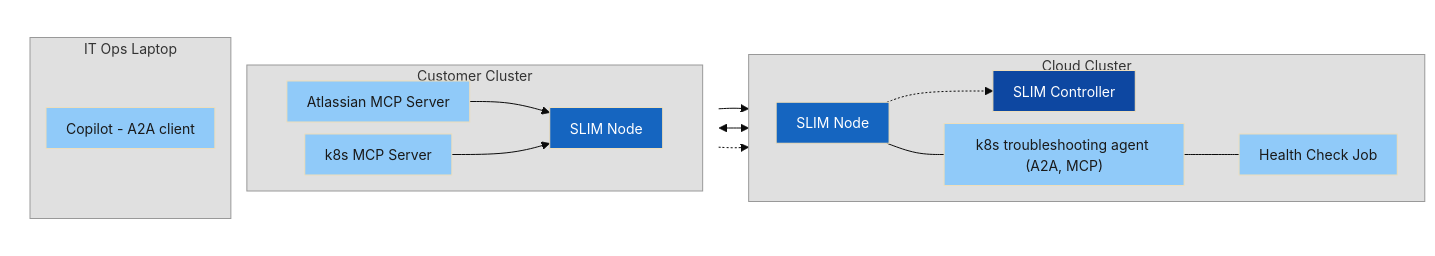
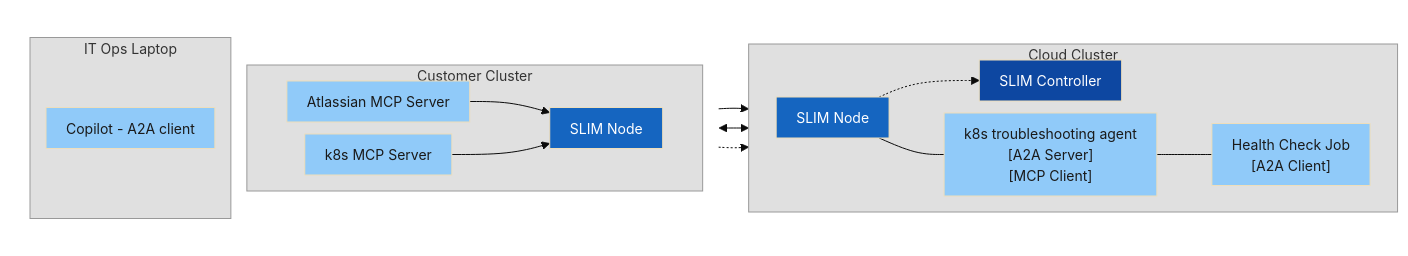
Before and after one commit to agntcy/blogs: the sixth of 9 diagrams in presentations/slim-multicluster-demo/slim-multicluster-demo.md, drawn with Mermaid. The commit also changed other lines of this file, not shown here.

Commit message:
feat: add a2a and mcp interfaces

````diff
--- a/presentations/slim-multicluster-demo/slim-multicluster-demo.md
+++ b/presentations/slim-multicluster-demo/slim-multicluster-demo.md
@@ -325,43 +325,43 @@
 ```mermaid
 %%{init: {'theme': 'base', 'themeVariables': {'fontSize': '14px'}, 'flowchart': {'nodeSpacing': 12, 'rankSpacing': 30, 'padding': 10}}}%%
 graph LR
     subgraph Left[" "]
         direction TB
         subgraph Customer[Customer Cluster]
             direction LR
             AMCP[Atlassian MCP Server] --> CSN[SLIM Node]
             KMCP[k8s MCP Server] --> CSN
         end
         subgraph Laptop[IT Ops Laptop]
             Copilot[Copilot - A2A client]
         end
     end
 
     subgraph Cloud[Cloud Cluster]
         direction LR
         SN[SLIM Node]
         SC[SLIM Controller]
-        HCJ[Health Check Job]
-        K8S["k8s troubleshooting agent (A2A, MCP)"]
+        HCJ["Health Check Job\n[A2A Client]"]
+        K8S["k8s troubleshooting agent\n[A2A Server]\n[MCP Client]"]
         SN -.-> SC
         SN --- K8S
         K8S --- HCJ
     end
 
     Copilot --> SN
     CSN <--> SN
     CSN -.-> SC
 
     style Left fill:none,stroke:none
     style Customer fill:#e0e0e0,stroke:#999,color:#333
     style Cloud fill:#e0e0e0,stroke:#999,color:#333
     style Laptop fill:#e0e0e0,stroke:#999,color:#333
     style SC fill:#0D47A1,color:#fff
     style SN fill:#1565C0,color:#fff
     style CSN fill:#1565C0,color:#fff
     style AMCP fill:#90CAF9,color:#1a1a1a
     style KMCP fill:#90CAF9,color:#1a1a1a
     style K8S fill:#90CAF9,color:#1a1a1a
     style HCJ fill:#90CAF9,color:#1a1a1a
     style Copilot fill:#90CAF9,color:#1a1a1a
 ```
````
